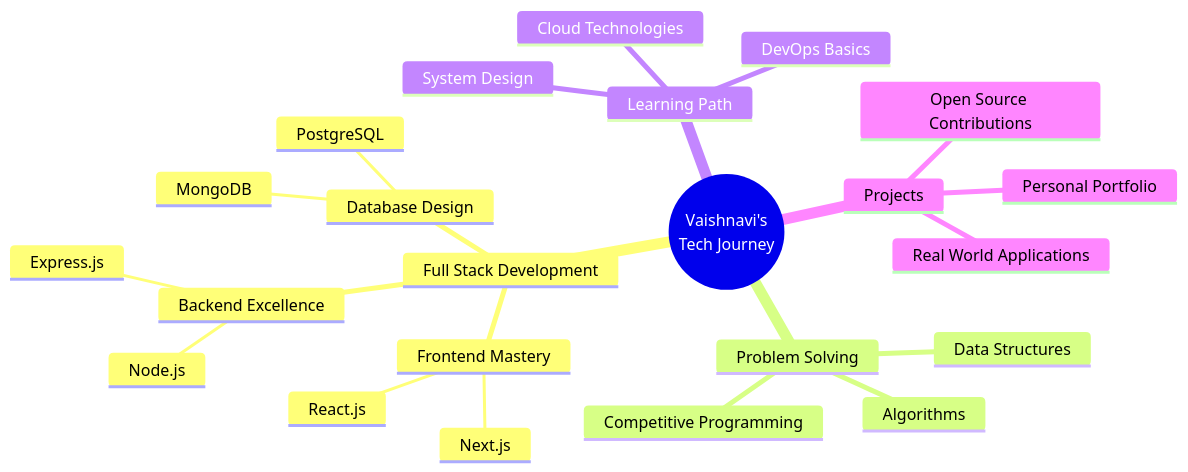
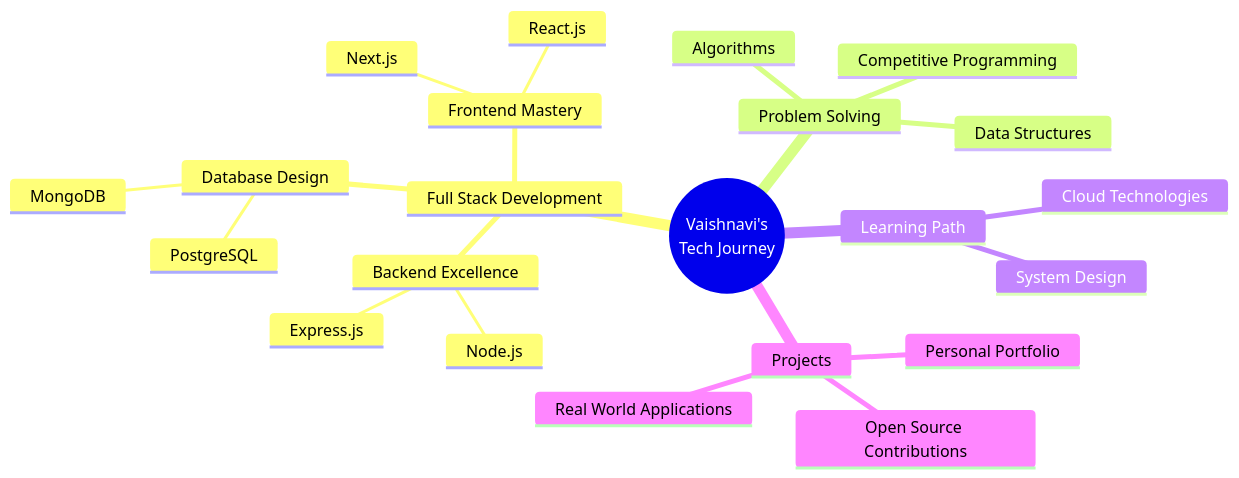
One commit to VaishnaviSubramaniam08/VaishnaviSubramaniam08 changed the diagram in README.md. Above: the diagram before and after it, drawn with Mermaid. The commit also changed other lines of this file, not shown here.

````diff
--- a/README.md
+++ b/README.md
@@ -160,26 +160,25 @@
 ```mermaid
 mindmap
   root((Vaishnavi's<br/>Tech Journey))
     Full Stack Development
       Frontend Mastery
         React.js
         Next.js
       Backend Excellence
         Node.js
         Express.js
       Database Design
         MongoDB
         PostgreSQL
     Problem Solving
       Data Structures
       Algorithms
       Competitive Programming
     Learning Path
       Cloud Technologies
-      DevOps Basics
       System Design
     Projects
       Real World Applications
       Open Source Contributions
       Personal Portfolio
 ```
````
